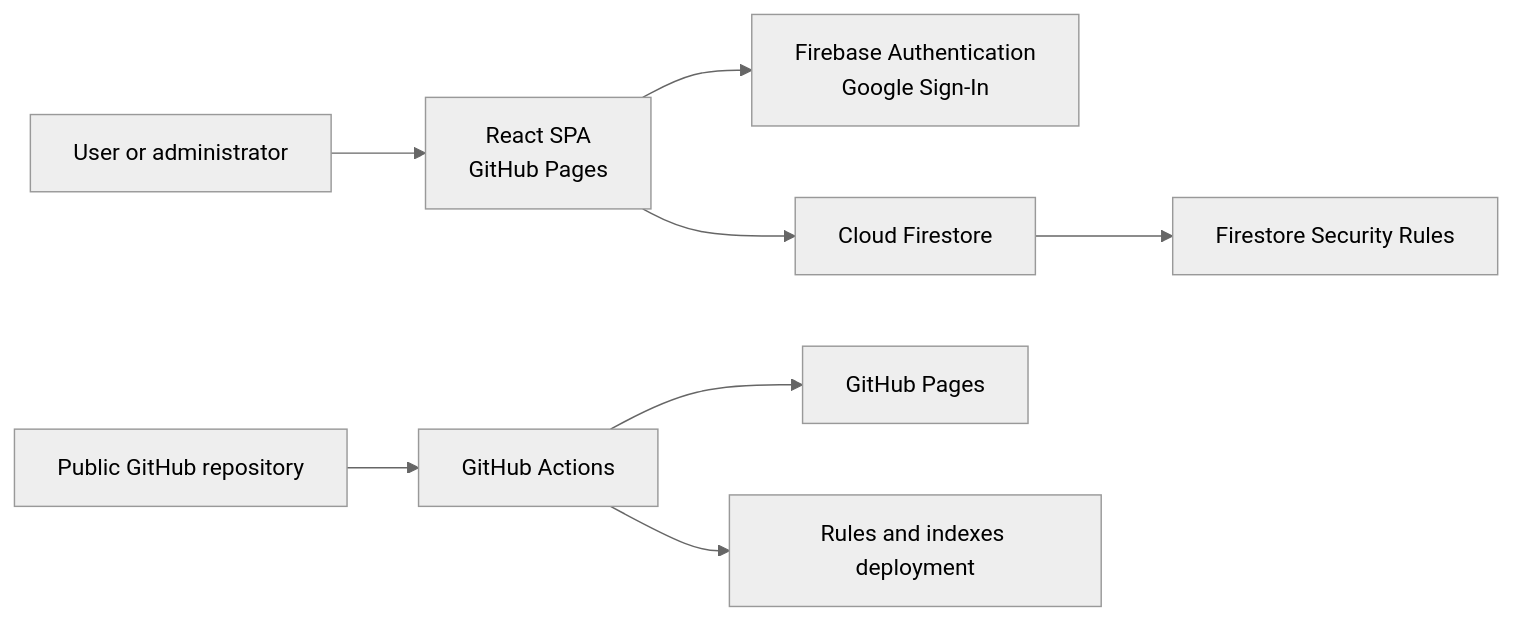
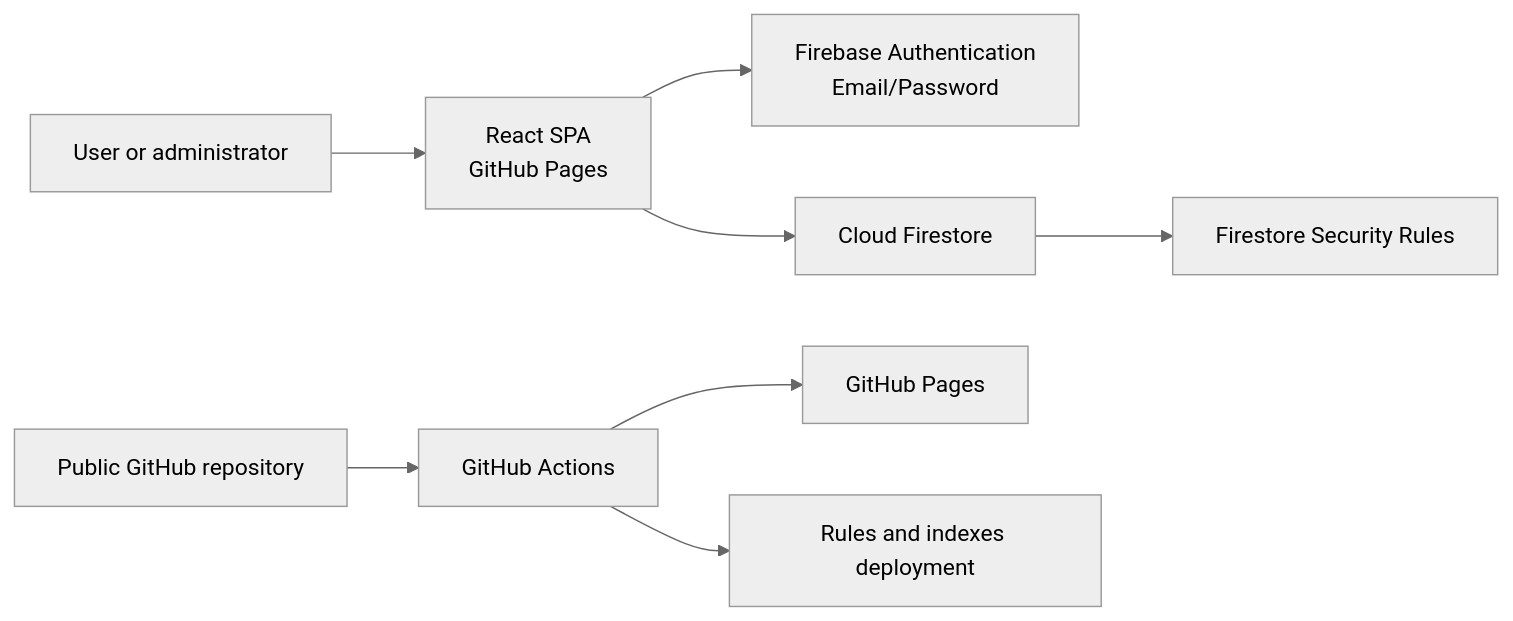
The diagram in docs/02-architecture.md (tyshchenkodv/home-menu), drawn with Mermaid (neutral theme) before and after one commit. The commit also changed 4 other files, not shown here.

First line of the commit message:
docs(auth): remove stale Google Sign-In mentions, mark email-password-auth implemented

````diff
--- a/docs/02-architecture.md
+++ b/docs/02-architecture.md
@@ -9,10 +9,10 @@
 ```mermaid
 flowchart LR
     Person["User or administrator"] --> SPA["React SPA<br/>GitHub Pages"]
-    SPA --> Auth["Firebase Authentication<br/>Google Sign-In"]
+    SPA --> Auth["Firebase Authentication<br/>Email/Password"]
     SPA --> Firestore["Cloud Firestore"]
     Firestore --> Rules["Firestore Security Rules"]
     Repo["Public GitHub repository"] --> Actions["GitHub Actions"]
     Actions --> Pages["GitHub Pages"]
     Actions --> Deploy["Rules and indexes deployment"]
 ```
````
